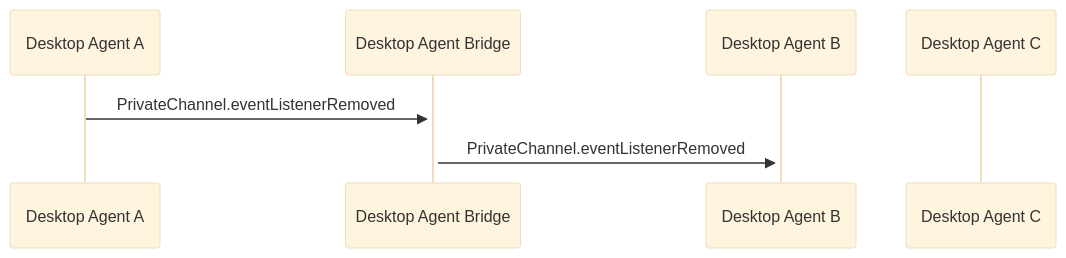
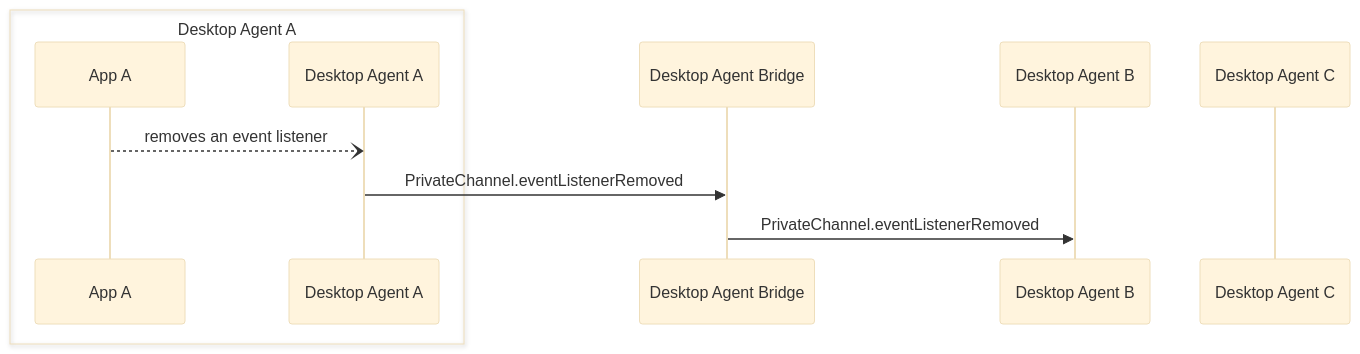
One commit to finos/FDC3 changed the diagram in docs/agent-bridging/ref/PrivateChannel.eventListenerRemoved.md. Above: the diagram before and after it, drawn with Mermaid (base theme). The commit also changed 12 other files, not shown here.

First line of the commit message:
Add the app to each reference page mermaid diagram to clarify how mes… (#80)

````diff
--- a/docs/agent-bridging/ref/PrivateChannel.eventListenerRemoved.md
+++ b/docs/agent-bridging/ref/PrivateChannel.eventListenerRemoved.md
@@ -28,9 +28,13 @@
 ```mermaid
 sequenceDiagram
+    box Desktop Agent A
+    participant AA as App A
     participant DA as Desktop Agent A
+    end
     participant DAB as Desktop Agent Bridge
     participant DB as Desktop Agent B
     participant DC as Desktop Agent C
-    DA ->>+ DAB: PrivateChannel.eventListenerRemoved
-    DAB ->>+ DB: PrivateChannel.eventListenerRemoved
+    AA --) DA: removes an event listener
+    DA ->> DAB: PrivateChannel.eventListenerRemoved
+    DAB ->> DB: PrivateChannel.eventListenerRemoved
 ```
````
